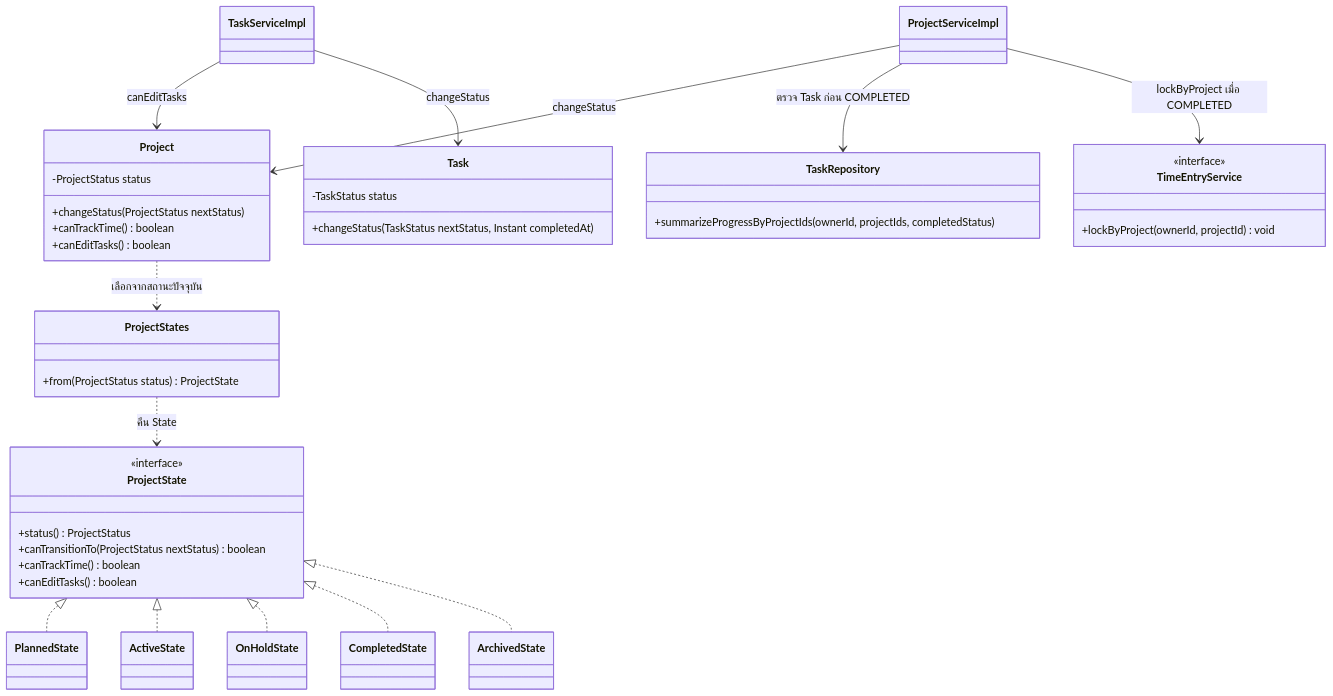
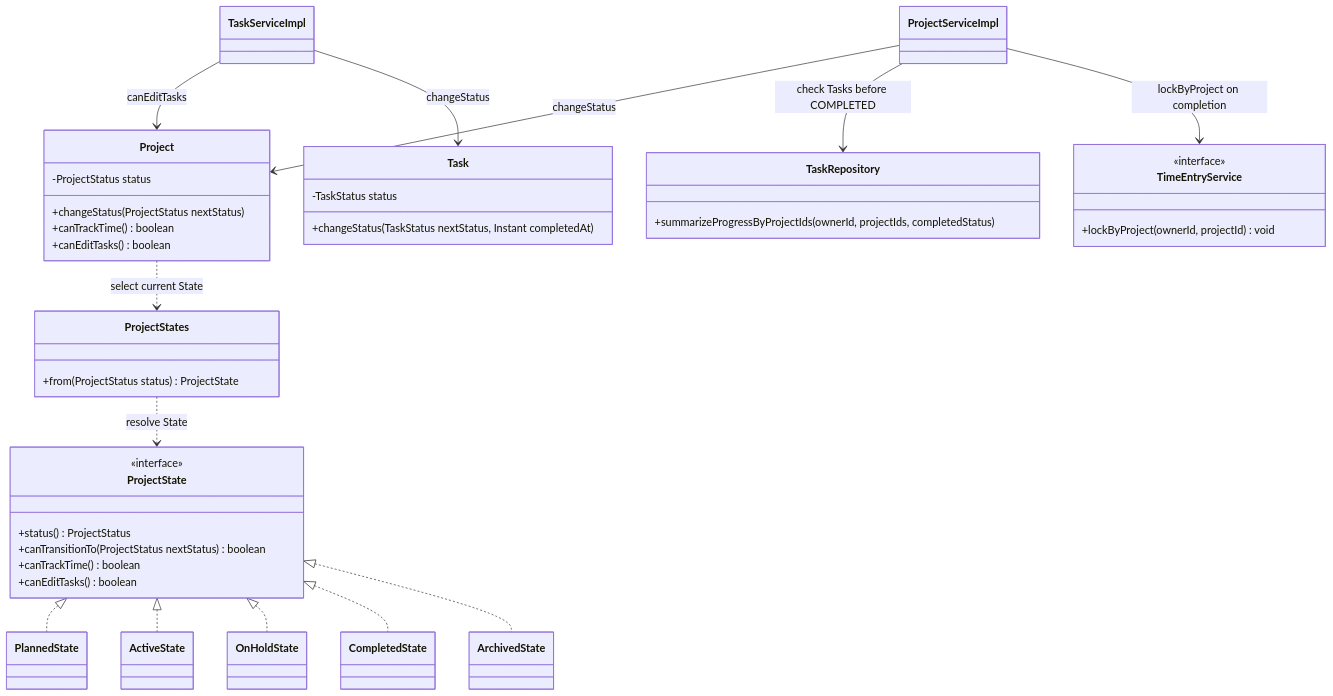
Before and after one commit to lillianxhub/freelance-hub: the fourth of 4 diagrams in doc/diagrams/class-diagram.md, drawn with Mermaid. The commit also changed other lines of this file and 18 other files, not shown here.

Commit message:
docs: sync project documentation, consolidate sequence diagrams and update deployment links

````diff
--- a/doc/diagrams/class-diagram.md
+++ b/doc/diagrams/class-diagram.md
@@ -272,49 +296,49 @@
 ```mermaid
 classDiagram
     class Project {
         -ProjectStatus status
         +changeStatus(ProjectStatus nextStatus)
         +canTrackTime() boolean
         +canEditTasks() boolean
     }
     class ProjectStates {
         +from(ProjectStatus status) ProjectState
     }
     class ProjectState {
         <<interface>>
         +status() ProjectStatus
         +canTransitionTo(ProjectStatus nextStatus) boolean
         +canTrackTime() boolean
         +canEditTasks() boolean
     }
     class PlannedState
     class ActiveState
     class OnHoldState
     class CompletedState
     class ArchivedState
     class ProjectServiceImpl
     class TaskServiceImpl
     class Task {
         -TaskStatus status
         +changeStatus(TaskStatus nextStatus, Instant completedAt)
     }
     class TimeEntryService {
         <<interface>>
         +lockByProject(ownerId, projectId) void
     }
     class TaskRepository {
         +summarizeProgressByProjectIds(ownerId, projectIds, completedStatus)
     }
-    Project ..> ProjectStates : เลือกจากสถานะปัจจุบัน
-    ProjectStates ..> ProjectState : คืน State
+    Project ..> ProjectStates : select current State
+    ProjectStates ..> ProjectState : resolve State
     ProjectState <|.. PlannedState
     ProjectState <|.. ActiveState
     ProjectState <|.. OnHoldState
     ProjectState <|.. CompletedState
     ProjectState <|.. ArchivedState
     ProjectServiceImpl --> Project : changeStatus
-    ProjectServiceImpl --> TaskRepository : ตรวจ Task ก่อน COMPLETED
-    ProjectServiceImpl --> TimeEntryService : lockByProject เมื่อ COMPLETED
+    ProjectServiceImpl --> TaskRepository : check Tasks before COMPLETED
+    ProjectServiceImpl --> TimeEntryService : lockByProject on completion
     TaskServiceImpl --> Project : canEditTasks
     TaskServiceImpl --> Task : changeStatus
 ```
````
